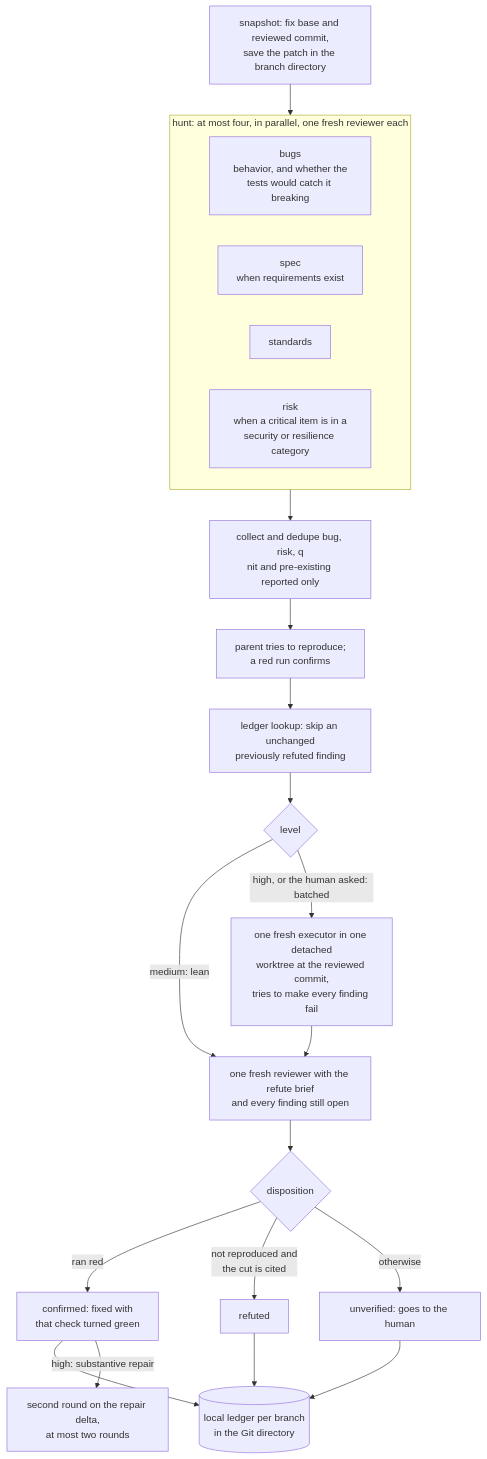
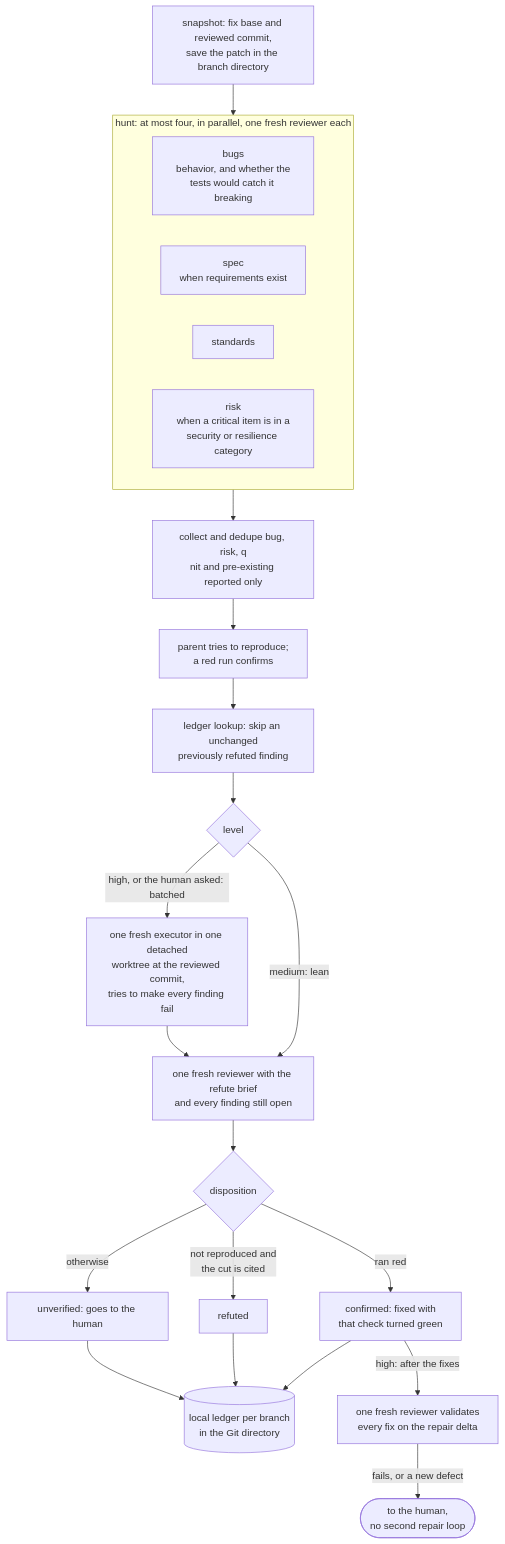
The third of 3 diagrams in docs/subagents.md (jvillegasd/harness), drawn with Mermaid before and after one commit. The commit also changed other lines of this file and 7 other files, not shown here.

First line of the commit message:
refactor(review): validate fixes once instead of a second round

````diff
--- a/docs/subagents.md
+++ b/docs/subagents.md
@@ -79,27 +79,28 @@
 ```mermaid
 flowchart TD
     snap["snapshot: fix base and reviewed commit,<br>save the patch in the branch directory"] --> hunt
 
     subgraph hunt["hunt: at most four, in parallel, one fresh reviewer each"]
         bugs["bugs<br>behavior, and whether the<br>tests would catch it breaking"]
         spec["spec<br>when requirements exist"]
         standards["standards"]
         risk["risk<br>when a critical item is in a<br>security or resilience category"]
     end
 
     hunt --> collect["collect and dedupe bug, risk, q<br>nit and pre-existing reported only"]
     collect --> self["parent tries to reproduce;<br>a red run confirms"]
     self --> lookup["ledger lookup: skip an unchanged<br>previously refuted finding"]
     lookup --> mode{"level"}
     mode -->|"medium: lean"| refute
     mode -->|"high, or the human asked: batched"| verifier["one fresh executor in one detached<br>worktree at the reviewed commit,<br>tries to make every finding fail"]
     verifier --> refute["one fresh reviewer with the refute brief<br>and every finding still open"]
     refute --> dispose{"disposition"}
     dispose -->|"ran red"| confirmed["confirmed: fixed with<br>that check turned green"]
     dispose -->|"not reproduced and<br>the cut is cited"| refuted["refuted"]
     dispose -->|otherwise| unverified["unverified: goes to the human"]
     confirmed --> ledger[("local ledger per branch<br>in the Git directory")]
     refuted --> ledger
     unverified --> ledger
-    confirmed -->|"high: substantive repair"| round2["second round on the repair delta,<br>at most two rounds"]
+    confirmed -->|"high: after the fixes"| validator["one fresh reviewer validates<br>every fix on the repair delta"]
+    validator -->|"fails, or a new defect"| human(["to the human,<br>no second repair loop"])
 ```
````
